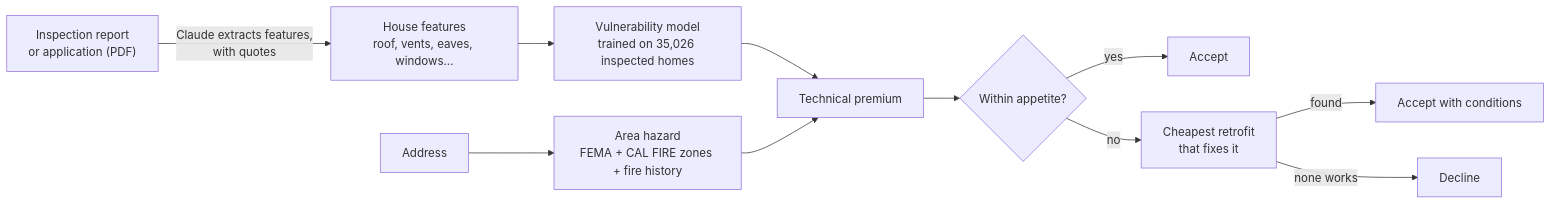
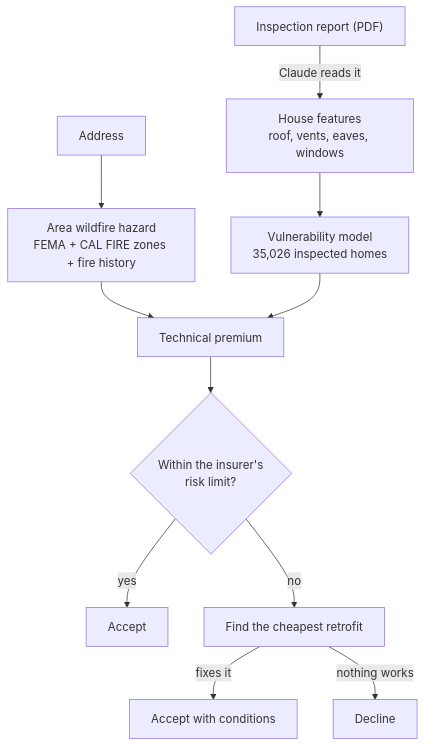
The diagram in README.md (CooperNing/ReEntry-Wildfire-Underwriting), drawn with Mermaid before and after one commit.

Commit message:
README: vertical flowchart for readability

````diff
--- a/README.md
+++ b/README.md
@@ -78,13 +78,13 @@
 ```mermaid
-flowchart LR
-    pdf["Inspection report<br/>or application (PDF)"] -- "Claude extracts features,<br/>with quotes" --> home["House features<br/>roof, vents, eaves, windows…"]
-    home --> vuln["Vulnerability model<br/>trained on 35,026 inspected homes"]
-    addr["Address"] --> hazard["Area hazard<br/>FEMA + CAL FIRE zones + fire history"]
-    vuln --> price["Technical premium"]
-    hazard --> price
-    price --> dec{"Within appetite?"}
+flowchart TD
+    addr["Address"] --> hazard["Area wildfire hazard<br/>FEMA + CAL FIRE zones + fire history"]
+    pdf["Inspection report (PDF)"] -- "Claude reads it" --> home["House features<br/>roof, vents, eaves, windows"]
+    home --> vuln["Vulnerability model<br/>35,026 inspected homes"]
+    hazard --> price["Technical premium"]
+    vuln --> price
+    price --> dec{"Within the insurer's<br/>risk limit?"}
     dec -- yes --> acc["Accept"]
-    dec -- no --> fix["Cheapest retrofit<br/>that fixes it"]
-    fix -- "found" --> cond["Accept with conditions"]
-    fix -- "none works" --> decl["Decline"]
+    dec -- no --> fix["Find the cheapest retrofit"]
+    fix -- "fixes it" --> cond["Accept with conditions"]
+    fix -- "nothing works" --> decl["Decline"]
 ```
````
